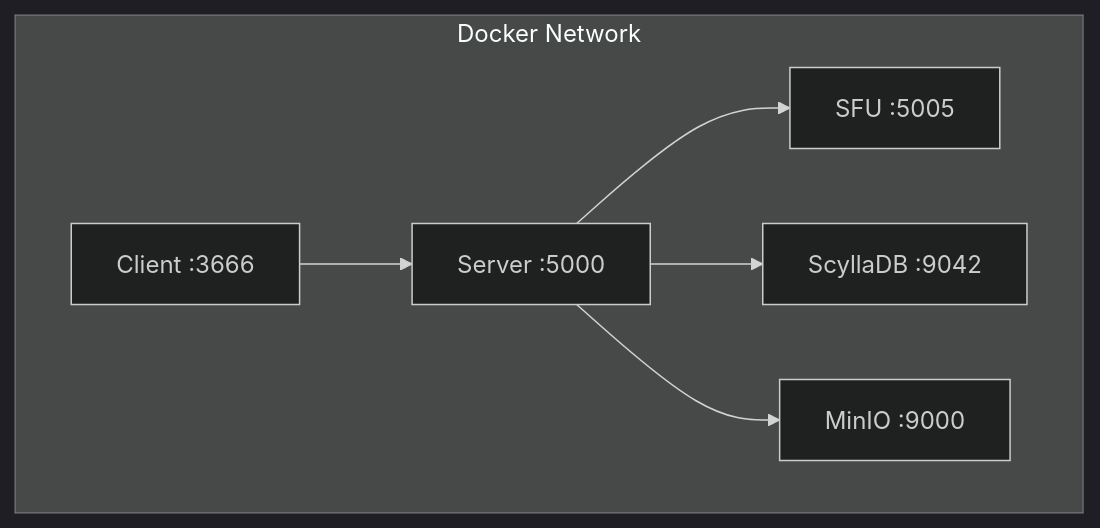
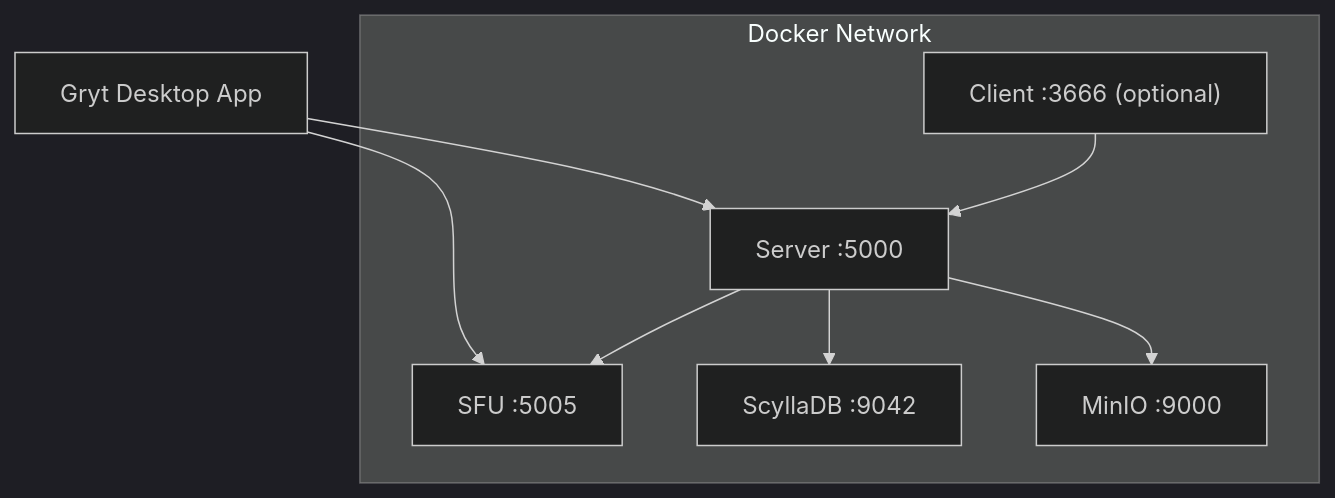
One commit to Gryt-chat/docs changed the diagram in content/docs/deployment/docker-compose.mdx. Above: the diagram before and after it, drawn with Mermaid (dark theme). The commit also changed other lines of this file, not shown here.

First line of the commit message:
update docker-compose docs for optional web client

````diff
--- a/content/docs/deployment/docker-compose.mdx
+++ b/content/docs/deployment/docker-compose.mdx
@@ -85,9 +97,11 @@
 ```mermaid
 graph TD
+  Desktop["Gryt Desktop App"] --> Server["Server :5000"]
+  Desktop --> SFU["SFU :5005"]
   subgraph Docker Network
-    Client["Client :3666"] --> Server["Server :5000"]
-    Server --> SFU["SFU :5005"]
+    Client["Client :3666 (optional)"] --> Server
+    Server --> SFU
     Server --> Scylla["ScyllaDB :9042"]
     Server --> MinIO["MinIO :9000"]
   end
 ```
````
